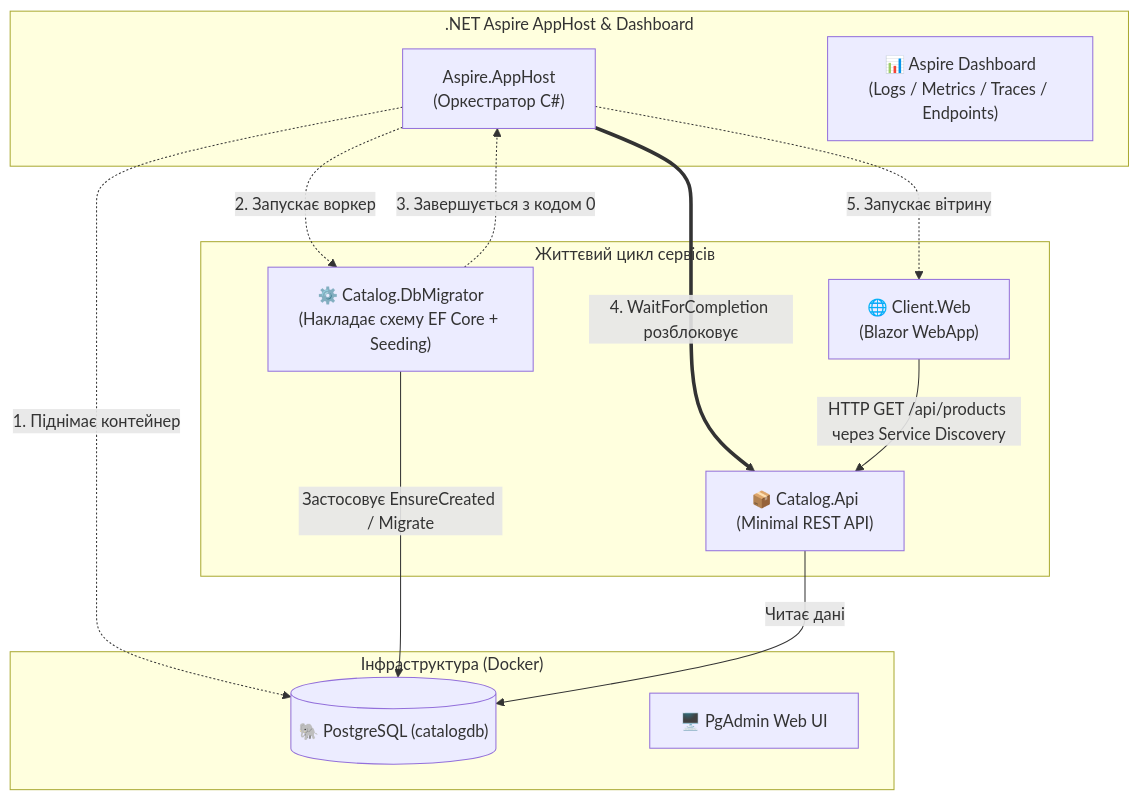
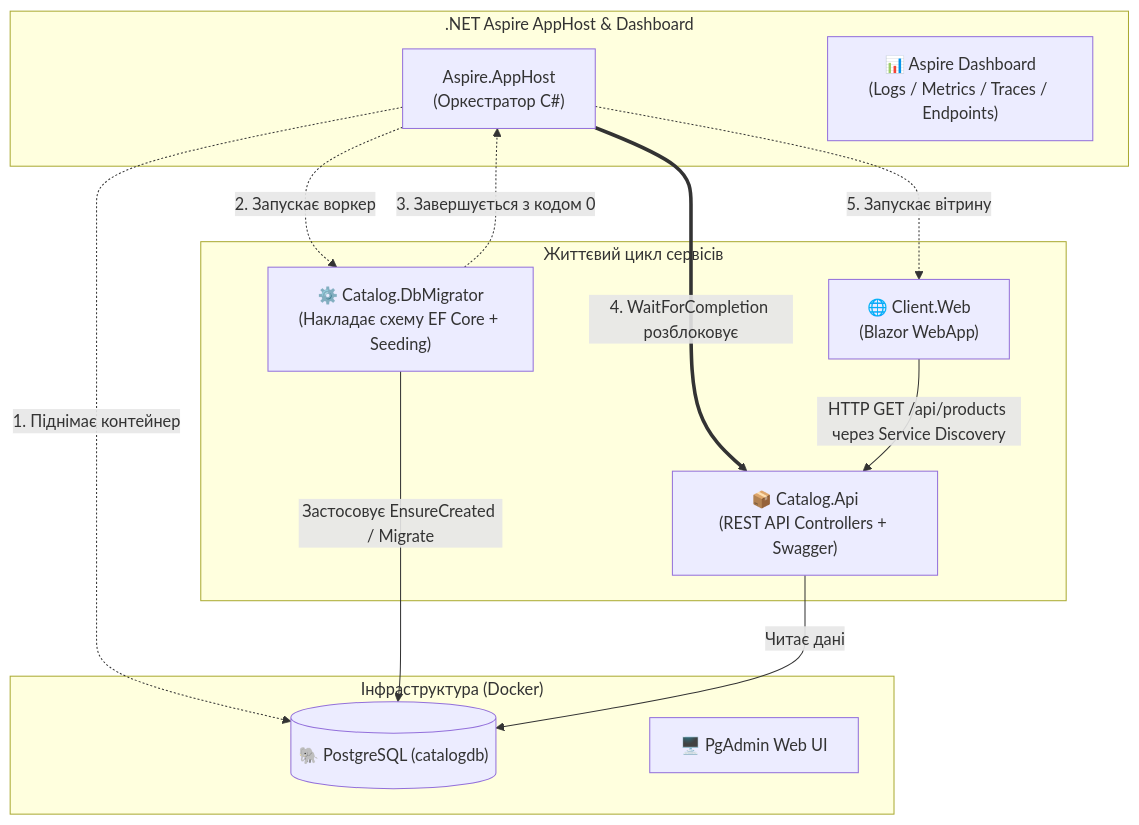
One commit to MrTomkaYurii/Microservices-Aspire-Mastery changed the diagram in 01-Aspire-Fundamentals-And-DbMigrations/README.md. Above: the diagram before and after it, drawn with Mermaid. The commit also changed 7 other files, not shown here.

Commit message:
docs: update all STRUCTURE-AND-DATA-FLOW.md and README.md files from Minimal API to ASP.NET Core Controllers

````diff
--- a/01-Aspire-Fundamentals-And-DbMigrations/README.md
+++ b/01-Aspire-Fundamentals-And-DbMigrations/README.md
@@ -9,34 +9,34 @@
 ```mermaid
 flowchart TD
     subgraph AspireOrchestration [".NET Aspire AppHost & Dashboard"]
         AppHost["Aspire.AppHost
 (Оркестратор C#)"]
         Dashboard["📊 Aspire Dashboard
 (Logs / Metrics / Traces / Endpoints)"]
     end
 
     subgraph Infrastructure ["Інфраструктура (Docker)"]
         Postgres[("🐘 PostgreSQL (catalogdb)")]
         PgAdmin["🖥️ PgAdmin Web UI"]
     end
 
     subgraph ExecutionFlow ["Життєвий цикл сервісів"]
         Migrator["⚙️ Catalog.DbMigrator
 (Накладає схему EF Core + Seeding)"]
         CatalogApi["📦 Catalog.Api
-(Minimal REST API)"]
+(REST API Controllers + Swagger)"]
         ClientWeb["🌐 Client.Web
 (Blazor WebApp)"]
     end
 
     AppHost -.->|1. Піднімає контейнер| Postgres
     AppHost -.->|2. Запускає воркер| Migrator
     Migrator -->|Застосовує EnsureCreated / Migrate| Postgres
     Migrator -.->|3. Завершується з кодом 0| AppHost
     
     AppHost ==>|4. WaitForCompletion розблоковує| CatalogApi
     CatalogApi -->|Читає дані| Postgres
     
     AppHost -.->|5. Запускає вітрину| ClientWeb
     ClientWeb -->|HTTP GET /api/products через Service Discovery| CatalogApi
 ```
````
